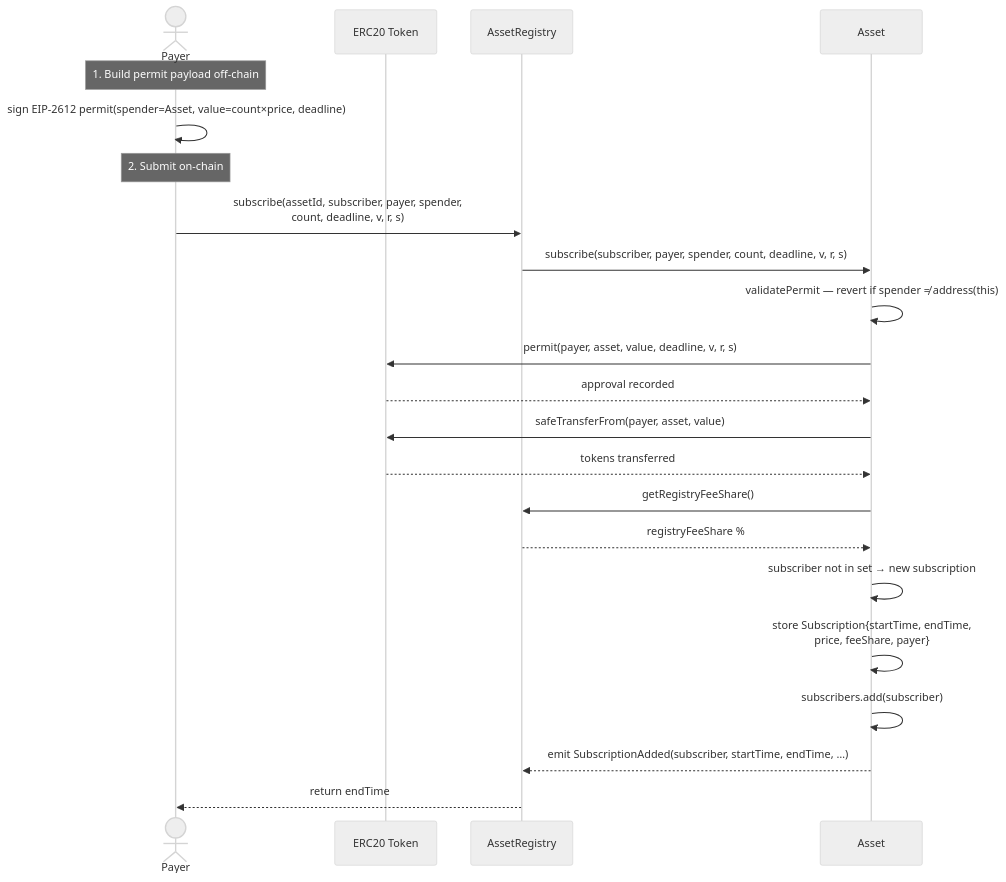
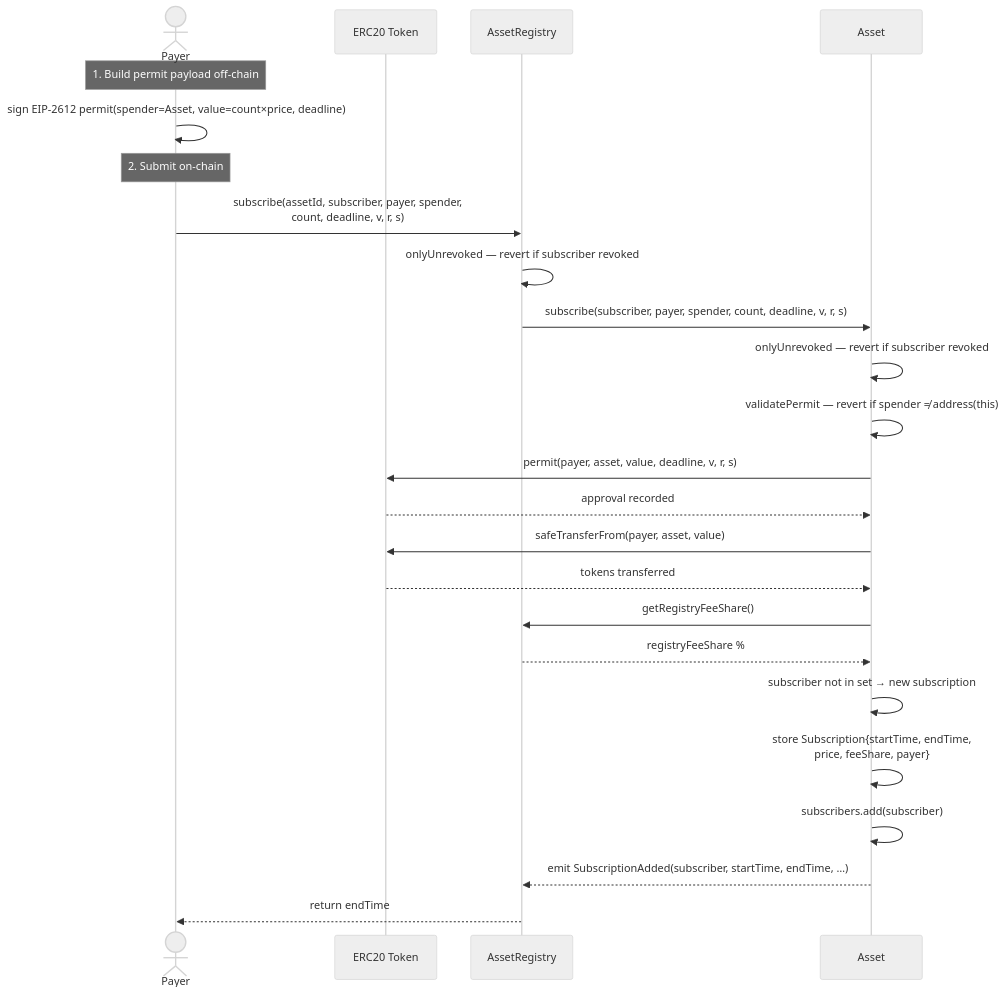
One commit to ChainSafe/open-creator-rails changed the second of 11 diagrams in docs/execution-flows.md. Above: the diagram before and after it, drawn with Mermaid (neutral theme). The commit also changed other lines of this file and 7 other files, not shown here.

````diff
--- a/docs/execution-flows.md
+++ b/docs/execution-flows.md
@@ -97,28 +98,30 @@
 ```mermaid
 sequenceDiagram
     actor P as Payer
     participant ERC20 as ERC20 Token
     participant AR as AssetRegistry
     participant A as Asset
 
     Note over P: 1. Build permit payload off-chain
     P->>P: sign EIP-2612 permit(spender=Asset, value=count×price, deadline)
 
     Note over P: 2. Submit on-chain
     P->>AR: subscribe(assetId, subscriber, payer, spender,<br/>count, deadline, v, r, s)
+    AR->>AR: onlyUnrevoked — revert if subscriber revoked
     AR->>A: subscribe(subscriber, payer, spender, count, deadline, v, r, s)
+    A->>A: onlyUnrevoked — revert if subscriber revoked
     A->>A: validatePermit — revert if spender ≠ address(this)
     A->>ERC20: permit(payer, asset, value, deadline, v, r, s)
     ERC20-->>A: approval recorded
     A->>ERC20: safeTransferFrom(payer, asset, value)
     ERC20-->>A: tokens transferred
 
     A->>AR: getRegistryFeeShare()
     AR-->>A: registryFeeShare %
 
     A->>A: subscriber not in set → new subscription
     A->>A: store Subscription{startTime, endTime,<br/>price, feeShare, payer}
     A->>A: subscribers.add(subscriber)
     A-->>AR: emit SubscriptionAdded(subscriber, startTime, endTime, …)
     AR-->>P: return endTime
 ```
````
